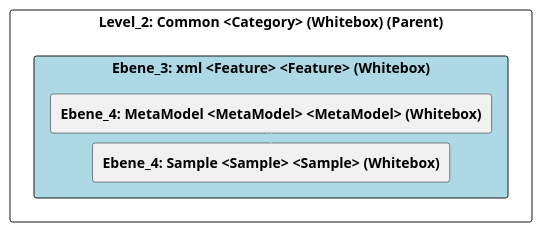
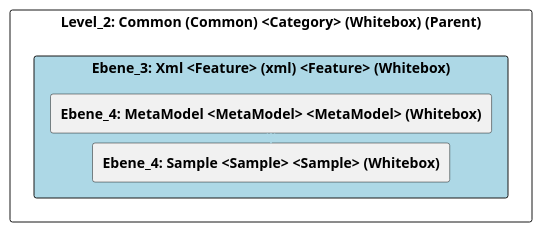
One commit to marcozwyssig/cleon changed the diagram in doc/cleonproject_deliverables_architecture_model_architecture/adoc/de/05_bausteinsicht/cleon/common/xml/ebene_3_xml.adoc. Above: the diagram before and after it, drawn with PlantUML. The commit also changed other lines of this file and 166 other files, not shown here.

```diff
--- a/doc/cleonproject_deliverables_architecture_model_architecture/adoc/de/05_bausteinsicht/cleon/common/xml/ebene_3_xml.adoc
+++ b/doc/cleonproject_deliverables_architecture_model_architecture/adoc/de/05_bausteinsicht/cleon/common/xml/ebene_3_xml.adoc
@@ -20,28 +20,28 @@
-[plantuml, Ebene_3: xml <Feature> <Feature> (Whitebox)BlockOverview, format="svg"]
+[plantuml, Ebene_3: Xml <Feature> (xml) <Feature> (Whitebox)BlockOverview, format="svg"]
 ----
-@startuml Ebene_3: xml <Feature> <Feature> (Whitebox)BuildingBlockOverview
+@startuml Ebene_3: Xml <Feature> (xml) <Feature> (Whitebox)BuildingBlockOverview
 
 skinparam ranksep 10
 skinparam componentStyle rectangle
 skinparam shadowing false
 skinparam arrowColor lightblue
 skinparam arrowThickness 1.2
 skinparam rectangle {
   BackgroundColor White
   BorderColor #333
   RoundCorner 10
 }
 top to bottom direction
 
-component "Level_2: Common <Category> (Whitebox) (Parent)" {
-    component "Ebene_3: xml <Feature> <Feature> (Whitebox)" #lightblue {
+component "Level_2: Common (Common) <Category> (Whitebox) (Parent)" {
+    component "Ebene_3: Xml <Feature> (xml) <Feature> (Whitebox)" #lightblue {
         [**Ebene_4: MetaModel <MetaModel> <MetaModel> (Whitebox)**] as 4A570574_D579_11EE_903E_9F564E4DE07E
         [**Ebene_4: Sample <Sample> <Sample> (Whitebox)**] as 4A56DE3A_D579_11EE_903E_9F564E4DE07E
     }
 
     4A570574_D579_11EE_903E_9F564E4DE07E -down-> 4A56DE3A_D579_11EE_903E_9F564E4DE07E
     
 }
 
 @enduml
 ----
```
